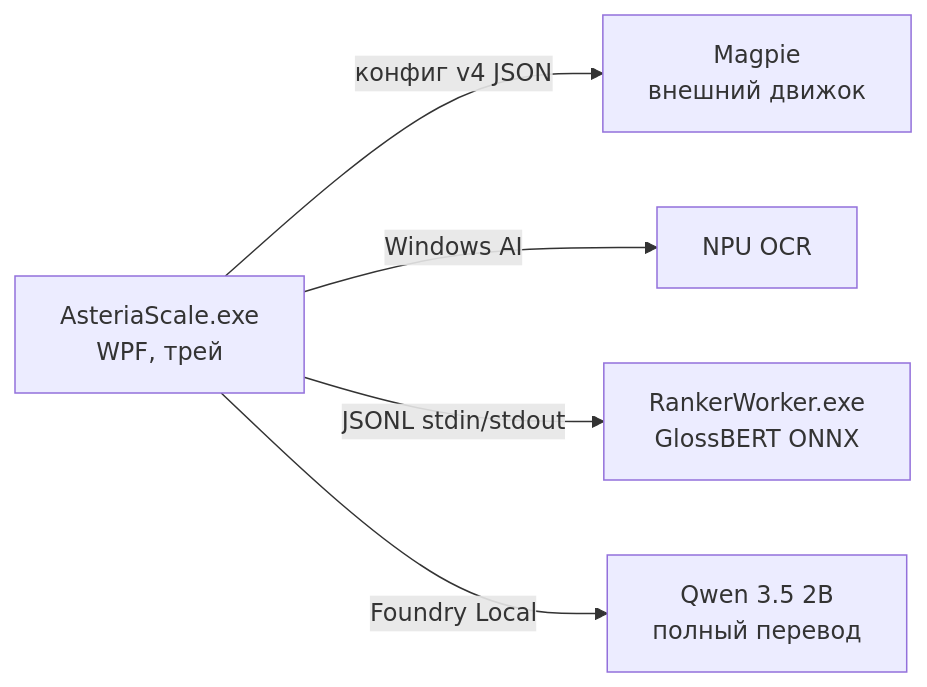
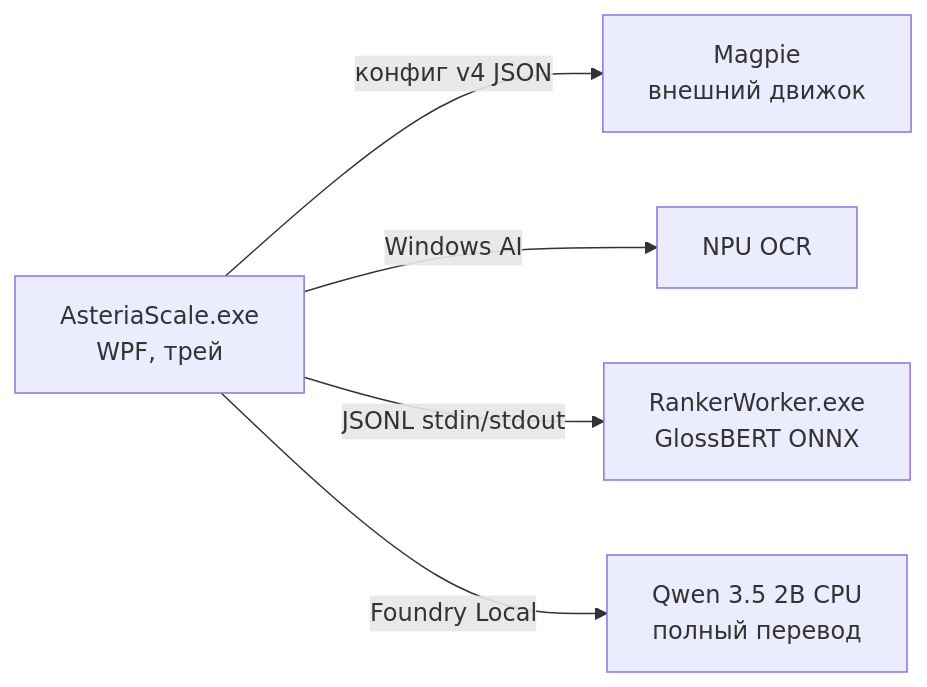
Before and after one commit to slava8519/AsteriaScale: the diagram in docs/ARCHITECTURE.md, drawn with Mermaid. The commit also changed other lines of this file and 17 other files, not shown here.

Commit message:
Roadmap #14: add glossary-scaffold translation

````diff
--- a/docs/ARCHITECTURE.md
+++ b/docs/ARCHITECTURE.md
@@ -19,7 +19,7 @@
 ```mermaid
 graph LR
     A[AsteriaScale.exe<br/>WPF, трей] -->|конфиг v4 JSON| M[Magpie<br/>внешний движок]
     A -->|Windows AI| OCR[NPU OCR]
     A -->|JSONL stdin/stdout| R[RankerWorker.exe<br/>GlossBERT ONNX]
-    A -->|Foundry Local| Q[Qwen 3.5 2B<br/>полный перевод]
+    A -->|Foundry Local| Q[Qwen 3.5 2B CPU<br/>полный перевод]
 ```
````
